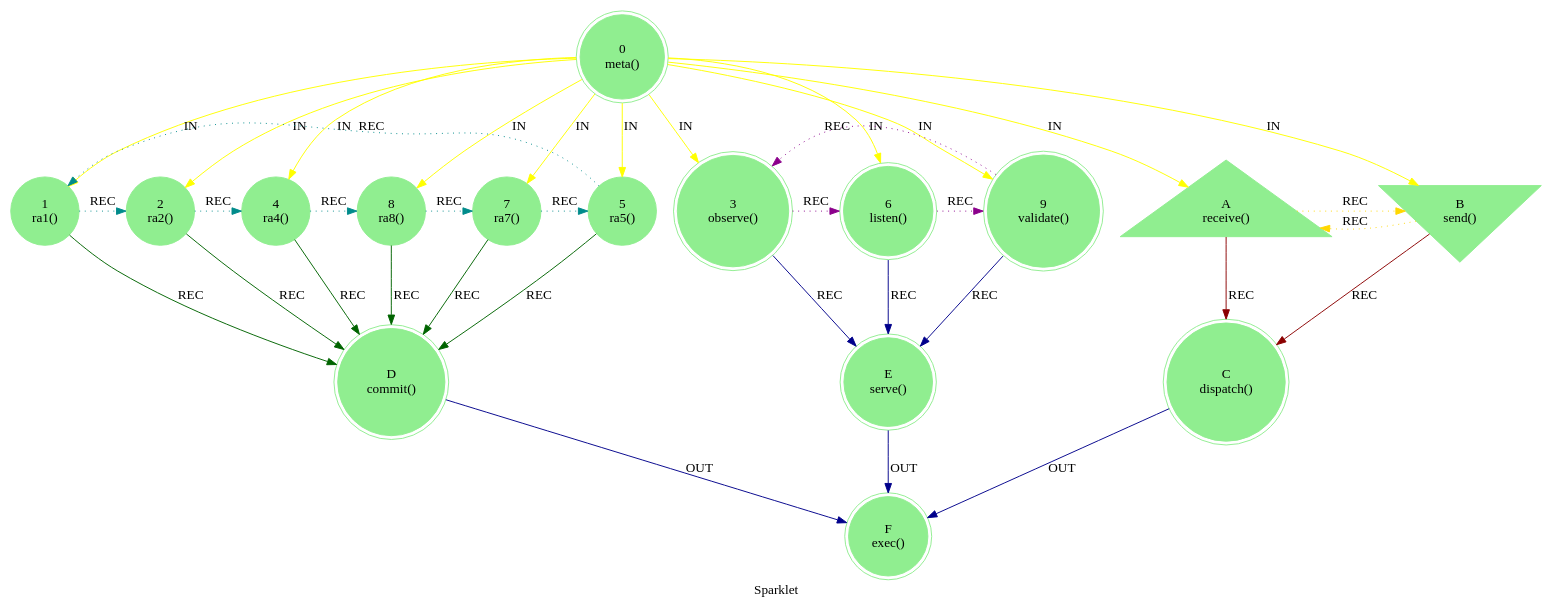
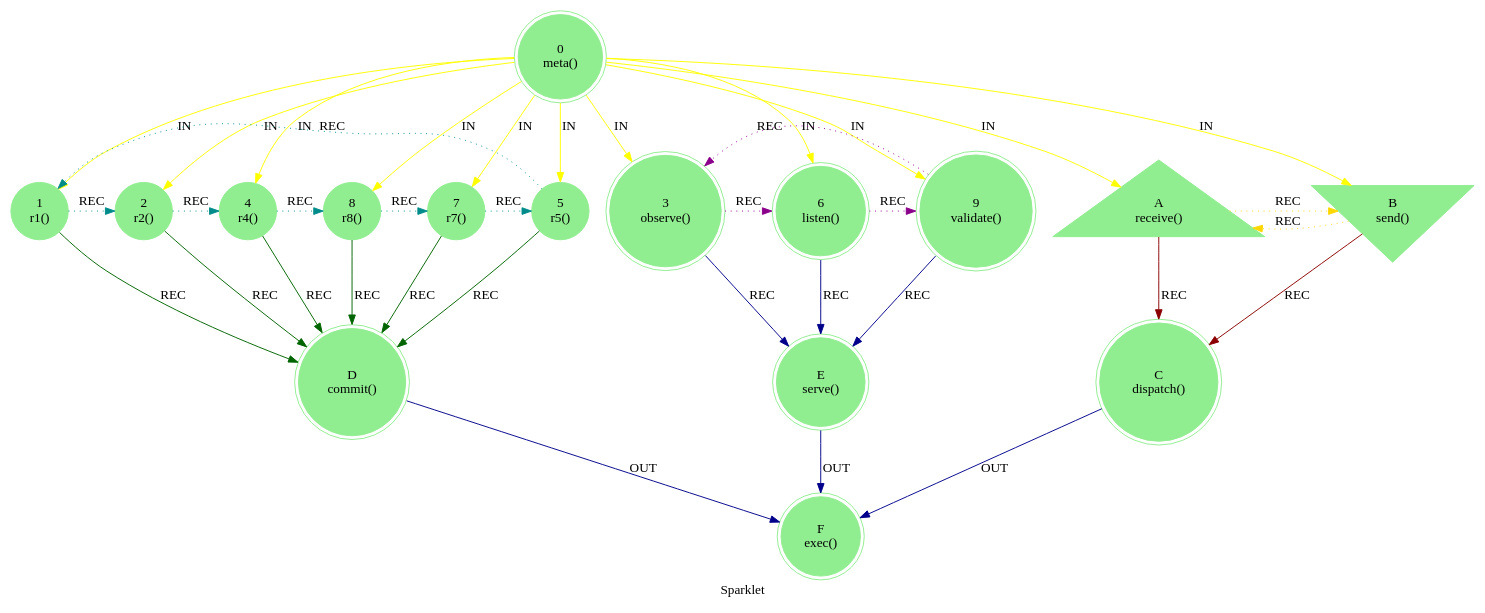
One commit to cilang/mythos changed the diagram in src/includes/sparklet.dot. Above: the diagram before and after it, drawn with Graphviz. The commit also changed 1 other file, not shown here.

```diff
--- a/src/includes/sparklet.dot
+++ b/src/includes/sparklet.dot
@@ -1,41 +1,41 @@
 strict digraph G {
     label = "Sparklet";
     style = filled;
     color = lightgray;
     node [shape = circle; style = filled; color = lightgreen;];
     
     // The Sacred 3-6-9 (Boundary of Perception).
     // "If you knew the magnificence of 3, 6, and 9, you would have a key to the universe." — Tesla.
     // The 1-2-4-8-7-5 Vortex (Boundary of Comprehension).
     spark_0_t [label = "0\nmeta()";shape = doublecircle;comment = "";];
-    spark_1_t [label = "1\nra1()";shape = circle;comment = "";];
-    spark_2_t [label = "2\nra2()";shape = circle;comment = "";];
-    spark_4_t [label = "4\nra4()";shape = circle;comment = "";];
-    spark_8_t [label = "8\nra8()";shape = circle;comment = "";];
-    spark_7_t [label = "7\nra7()";shape = circle;comment = "";];
-    spark_5_t [label = "5\nra5()";shape = circle;comment = "";];
+    spark_1_t [label = "1\nr1()";shape = circle;comment = "";];
+    spark_2_t [label = "2\nr2()";shape = circle;comment = "";];
+    spark_4_t [label = "4\nr4()";shape = circle;comment = "";];
+    spark_8_t [label = "8\nr8()";shape = circle;comment = "";];
+    spark_7_t [label = "7\nr7()";shape = circle;comment = "";];
+    spark_5_t [label = "5\nr5()";shape = circle;comment = "";];
     spark_3_t [label = "3\nobserve()";shape = doublecircle;comment = "";];
     spark_6_t [label = "6\nlisten()";shape = doublecircle;comment = "";];
     spark_9_t [label = "9\nvalidate()";shape = doublecircle;comment = "";];
     spark_a_t [label = "A\nreceive()";shape = triangle;comment = "";];
     spark_b_t [label = "B\nsend()";shape = invtriangle;comment = "";];
     spark_c_t [label = "C\ndispatch()";shape = doublecircle;comment = "";];
     spark_d_t [label = "D\ncommit()";shape = doublecircle;comment = "";];
     spark_e_t [label = "E\nserve()";shape = doublecircle;comment = "";];
     spark_f_t [label = "F\nexec()";shape = doublecircle;comment = "";];
     
     // IN = Input
     // OUT = Output
     // REC = Recursion
     spark_0_t -> {spark_a_t spark_b_t spark_1_t spark_2_t spark_3_t spark_4_t spark_5_t spark_6_t spark_7_t spark_8_t spark_9_t} [label = "IN"; color = yellow; comment = "";];
     
     {spark_a_t spark_b_t} -> spark_c_t [label = "REC"; color = darkred; comment = "";];
     {spark_1_t spark_2_t spark_4_t spark_8_t spark_7_t spark_5_t} -> spark_d_t [label = "REC"; color = darkgreen; comment = "";];
     {spark_3_t spark_6_t spark_9_t} -> spark_e_t [label = "REC"; color = darkblue; comment = "";];
     
     spark_1_t -> spark_2_t -> spark_4_t -> spark_8_t -> spark_7_t -> spark_5_t -> spark_1_t [label = "REC"; color = darkcyan; comment = ""; style = dotted; constraint = false;];
     spark_3_t -> spark_6_t -> spark_9_t -> spark_3_t [label = "REC"; color = darkmagenta; comment = ""; style = dotted; constraint = false;];
     spark_a_t -> spark_b_t -> spark_a_t [label = "REC"; color = gold; comment = ""; style = dotted; constraint = false;];
     
     {spark_c_t spark_d_t spark_e_t} -> spark_f_t [label = "OUT"; color = darkblue; comment = "";];
 }
```
